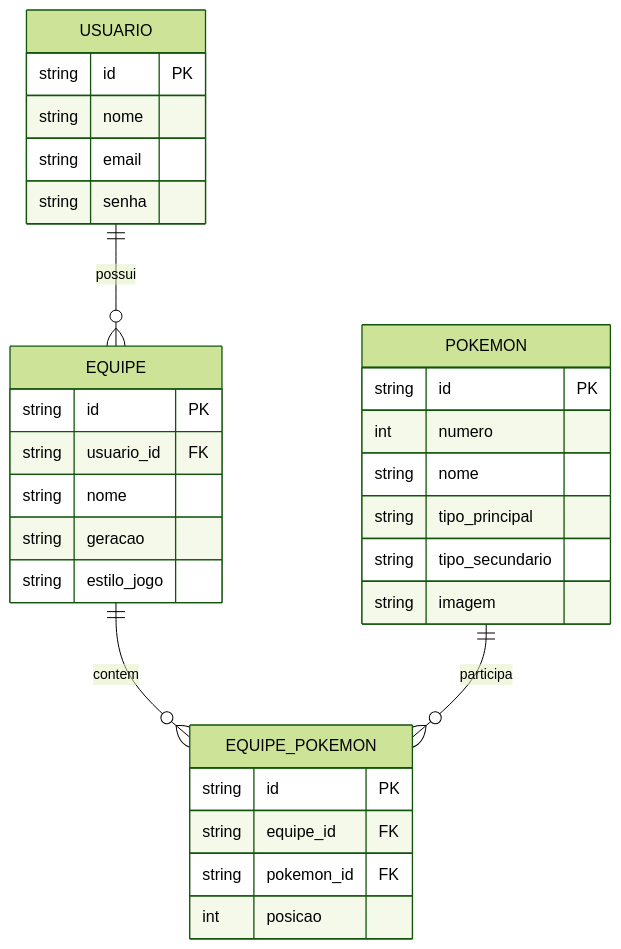
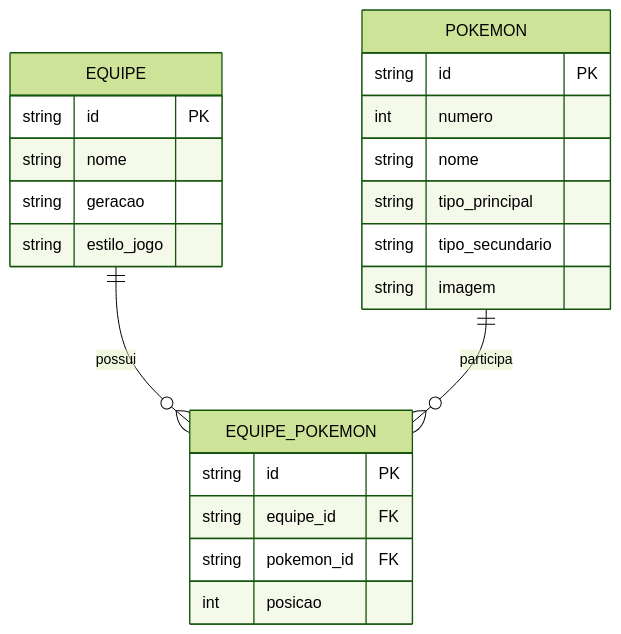
Before and after one commit to Lucas-Romitti/nidolab: the diagram in docs/architecture.md, drawn with Mermaid (forest theme). The commit also changed other lines of this file and 1 other file, not shown here.

Commit message:
architecture e prd atualizados conforme o professor

````diff
--- a/docs/architecture.md
+++ b/docs/architecture.md
@@ -9,38 +9,29 @@
 ```mermaid
 erDiagram
 
-    USUARIO ||--o{ EQUIPE : possui
-    EQUIPE ||--o{ EQUIPE_POKEMON : contem
+    EQUIPE ||--o{ EQUIPE_POKEMON : possui
     POKEMON ||--o{ EQUIPE_POKEMON : participa
-
-    USUARIO {
-        string id PK
-        string nome
-        string email
-        string senha
-    }
 
     EQUIPE {
         string id PK
-        string usuario_id FK
         string nome
         string geracao
         string estilo_jogo
     }
 
     POKEMON {
         string id PK
         int numero
         string nome
         string tipo_principal
         string tipo_secundario
         string imagem
     }
 
     EQUIPE_POKEMON {
         string id PK
         string equipe_id FK
         string pokemon_id FK
         int posicao
     }
 ```
````
